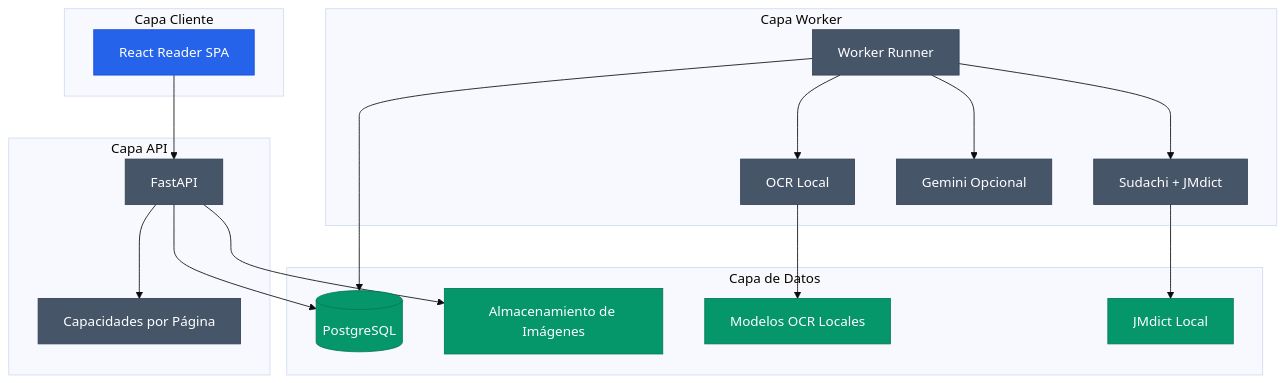
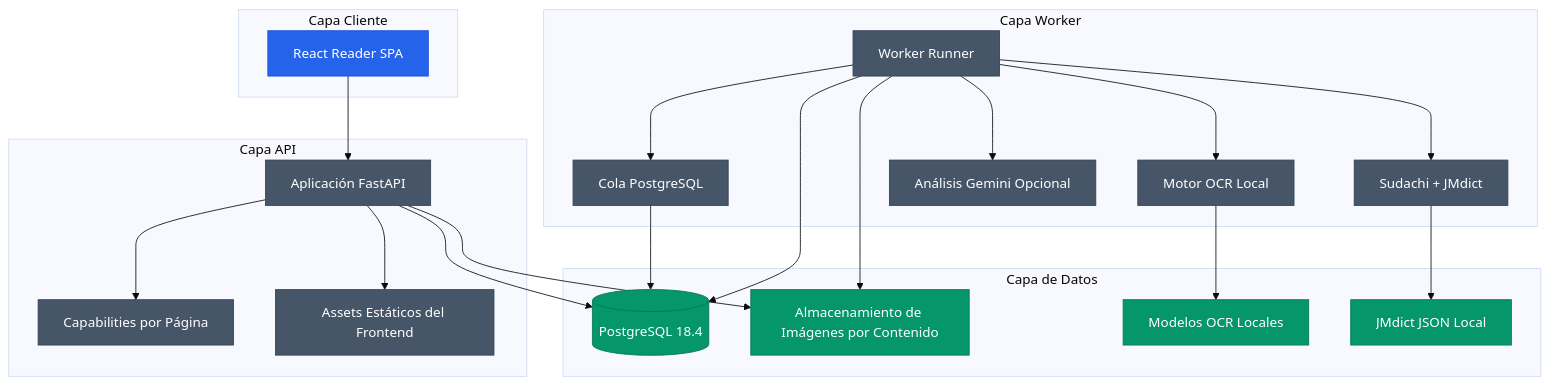
One commit to Gyliardson/mangasensei changed the diagram in README.es.md. Above: the diagram before and after it, drawn with Mermaid (base theme). The commit also changed other lines of this file, not shown here.

````diff
--- a/README.es.md
+++ b/README.es.md
@@ -32,38 +52,44 @@
 ```mermaid
 flowchart TD
     subgraph Cliente["Capa Cliente"]
-        UI["React Reader SPA"]
+        Browser["React Reader SPA"]
     end
     subgraph API["Capa API"]
-        Server["FastAPI"]
-        Caps["Capacidades por Página"]
+        FastAPI["Aplicación FastAPI"]
+        Capabilities["Capabilities por Página"]
+        Static["Assets Estáticos del Frontend"]
     end
     subgraph Worker["Capa Worker"]
         Runner["Worker Runner"]
-        OCR["OCR Local"]
-        Ling["Sudachi + JMdict"]
-        AI["Gemini Opcional"]
+        Queue["Cola PostgreSQL"]
+        OCR["Motor OCR Local"]
+        Linguistics["Sudachi + JMdict"]
+        Gemini["Análisis Gemini Opcional"]
     end
-    subgraph Datos["Capa de Datos"]
-        DB[("PostgreSQL")]
-        Files["Almacenamiento de Imágenes"]
+    subgraph Storage["Capa de Datos"]
+        DB[("PostgreSQL 18.4")]
+        Files["Almacenamiento de Imágenes por Contenido"]
         Models["Modelos OCR Locales"]
-        Dict["JMdict Local"]
+        Dictionary["JMdict JSON Local"]
     end
-    UI --> Server
-    Server --> Caps
-    Server --> DB
-    Server --> Files
+    Browser --> FastAPI
+    FastAPI --> Capabilities
+    FastAPI --> Static
+    FastAPI --> DB
+    FastAPI --> Files
+    Queue --> DB
+    Runner --> Queue
     Runner --> OCR
-    Runner --> Ling
-    Runner --> AI
+    Runner --> Linguistics
+    Runner --> Gemini
     OCR --> Models
-    Ling --> Dict
+    Linguistics --> Dictionary
     Runner --> DB
+    Runner --> Files
     classDef client fill:#2563eb,stroke:#1d4ed8,color:#ffffff;
     classDef service fill:#475569,stroke:#334155,color:#ffffff;
     classDef data fill:#059669,stroke:#047857,color:#ffffff;
-    class UI client;
-    class Server,Caps,Runner,OCR,Ling,AI service;
-    class DB,Files,Models,Dict data;
+    class Browser client;
+    class FastAPI,Capabilities,Static,Runner,Queue,OCR,Linguistics,Gemini service;
+    class DB,Files,Models,Dictionary data;
 ```
````
